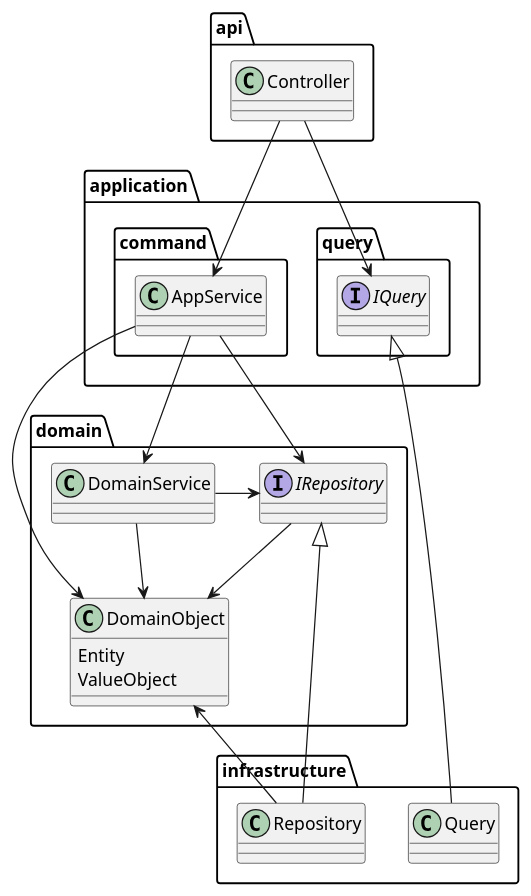
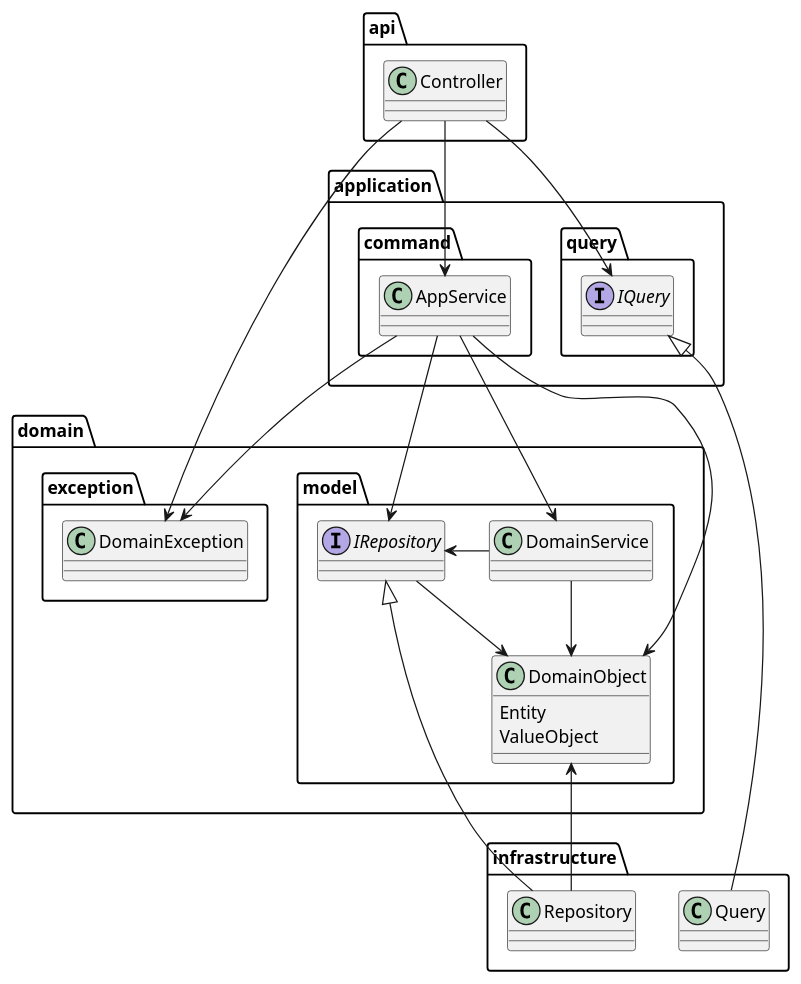
Before and after one commit to TakashiOnawa/ddd-practice-studio-reservation: the diagram in modeling/LayerStructure.pu, drawn with PlantUML. The commit also changed 32 other files, not shown here.

```diff
--- a/modeling/LayerStructure.pu
+++ b/modeling/LayerStructure.pu
@@ -1,52 +1,60 @@
 @startuml LayerStructure
 
 package domain
 {
-    interface IRepository
-    class DomainService
-    class DomainObject
-    {
-        Entity
-        ValueObject
+    package model {
+        interface IRepository
+        class DomainService
+        class DomainObject
+        {
+            Entity
+            ValueObject
+        }
+    }
+
+    package exception {
+        class DomainException
     }
 }
 
 package application
 {
     package command {
         class AppService
     }
 
     package query {
         interface IQuery
     }
 }
 
 
 package infrastructure
 {
     class Repository
     class Query
 }
 
 package api
 {
     class Controller
 }
 
 DomainService -> IRepository
 DomainService --> DomainObject
 IRepository --> DomainObject
 
 AppService --> IRepository
 AppService --> DomainObject
 AppService --> DomainService
+AppService --> DomainException
 
 IRepository <|---- Repository
 IQuery <|---- Query
 Repository --> DomainObject
 
 Controller --> AppService
 Controller --> IQuery
+Controller --> DomainException
 
 @enduml
```
